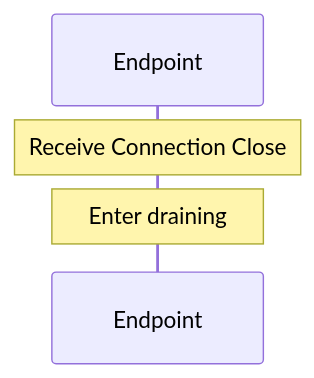
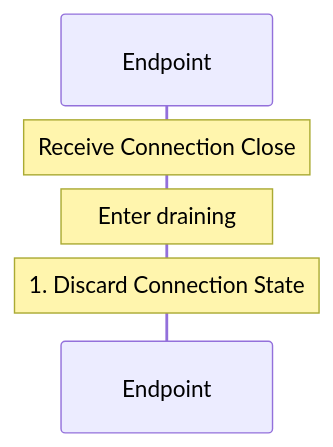
The diagram in examples/quic/generated/mermaid/workflow-sequence-endpoint-drain_connection.mmd (BehavioML/specifications), drawn with Mermaid before and after one commit. The commit also changed 9 other files, not shown here.

Commit message:
Regenerate Mermaid diagrams with expanded uses (#19)

```diff
--- a/examples/quic/generated/mermaid/workflow-sequence-endpoint-drain_connection.mmd
+++ b/examples/quic/generated/mermaid/workflow-sequence-endpoint-drain_connection.mmd
@@ -1,5 +1,6 @@
 sequenceDiagram
   participant endpoint as Endpoint
 
   Note over endpoint: Receive Connection Close
   Note over endpoint: Enter draining
+  Note over endpoint: 1. Discard Connection State
```
